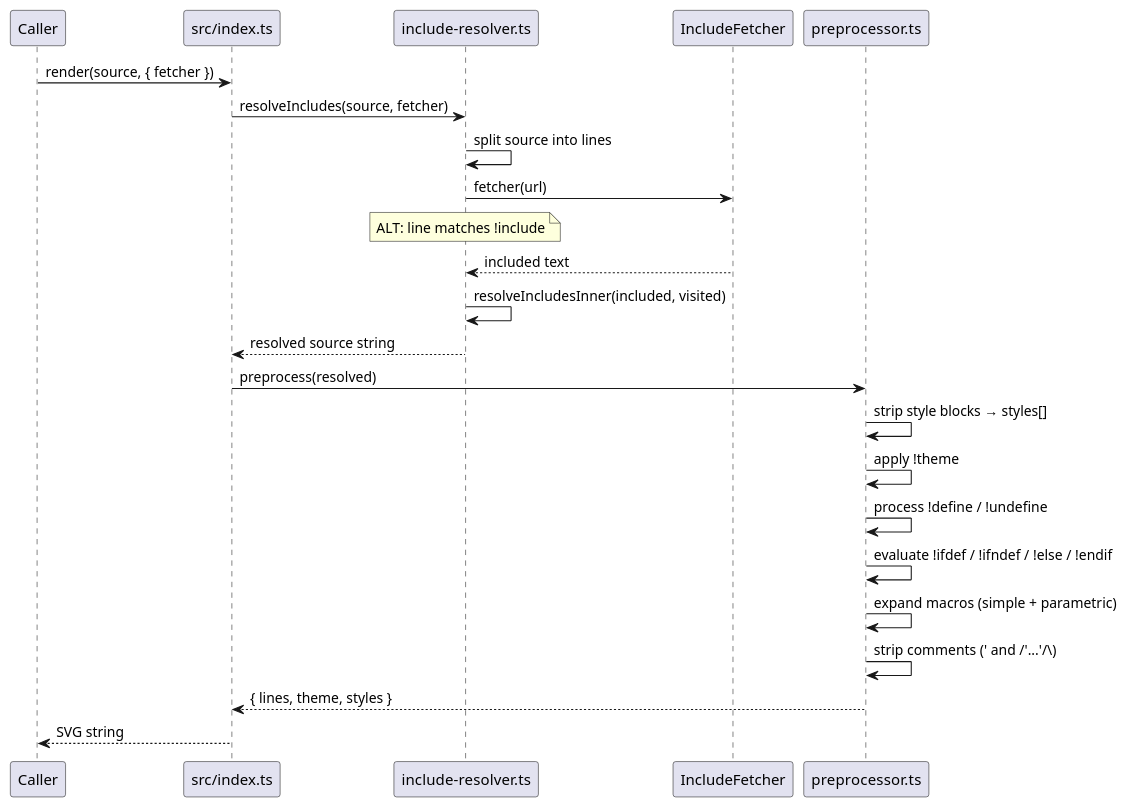
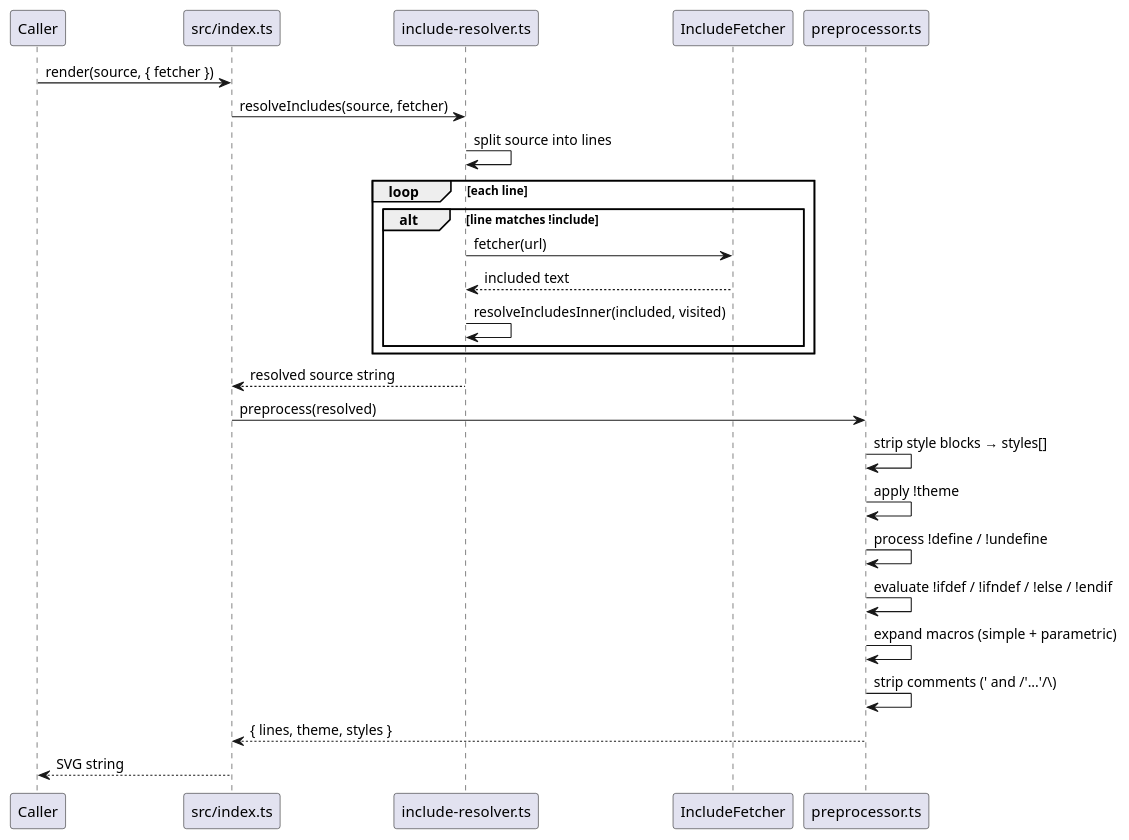
The first of 3 diagrams in plans/preprocessor/diagrams/data-flow.md (knowvah/plantuml-ts), drawn with PlantUML before and after one commit. The commit also changed other lines of this file and 13 other files, not shown here.

First line of the commit message:
docs: restore real alt/else/loop grouping in the converted diagrams

````diff
--- a/plans/preprocessor/diagrams/data-flow.md
+++ b/plans/preprocessor/diagrams/data-flow.md
@@ -3,29 +3,29 @@
 ```plantuml
 @startuml
-' NOTE: mermaid grouping flattened -- alt/opt/loop/group render the whole
-' diagram EMPTY in plantuml-ts today (.agent-notes/plantuml-sequence-group-empty.md).
-' Original nesting: loop each line ; alt line matches !include
 participant Caller
 participant "src/index.ts" as index
 participant "include-resolver.ts" as resolver
 participant "IncludeFetcher" as fetcher
 participant "preprocessor.ts" as preprocessor
 Caller -> index : render(source, { fetcher })
 index -> resolver : resolveIncludes(source, fetcher)
 resolver -> resolver : split source into lines
-resolver -> fetcher : fetcher(url)
-note over resolver : ALT: line matches !include
-fetcher --> resolver : included text
-resolver -> resolver : resolveIncludesInner(included, visited)
+loop each line
+  alt line matches !include
+    resolver -> fetcher : fetcher(url)
+    fetcher --> resolver : included text
+    resolver -> resolver : resolveIncludesInner(included, visited)
+  end
+end
 resolver --> index : resolved source string
 index -> preprocessor : preprocess(resolved)
 preprocessor -> preprocessor : strip style blocks → styles[]
 preprocessor -> preprocessor : apply !theme
 preprocessor -> preprocessor : process !define / !undefine
 preprocessor -> preprocessor : evaluate !ifdef / !ifndef / !else / !endif
 preprocessor -> preprocessor : expand macros (simple + parametric)
 preprocessor -> preprocessor : strip comments (' and /'...'/\)
 preprocessor --> index : { lines, theme, styles }
 index --> Caller : SVG string
 @enduml
 ```
````
